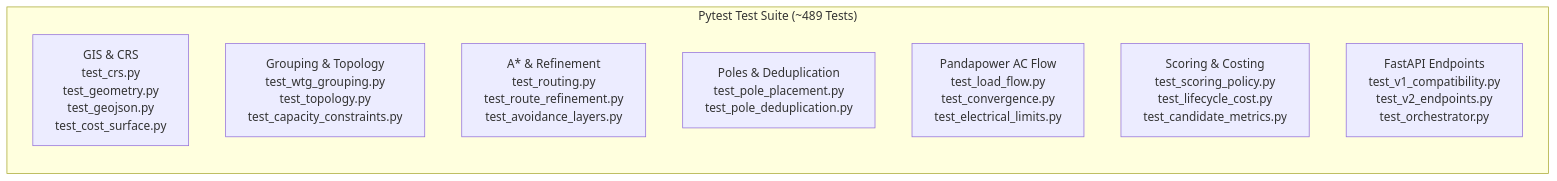
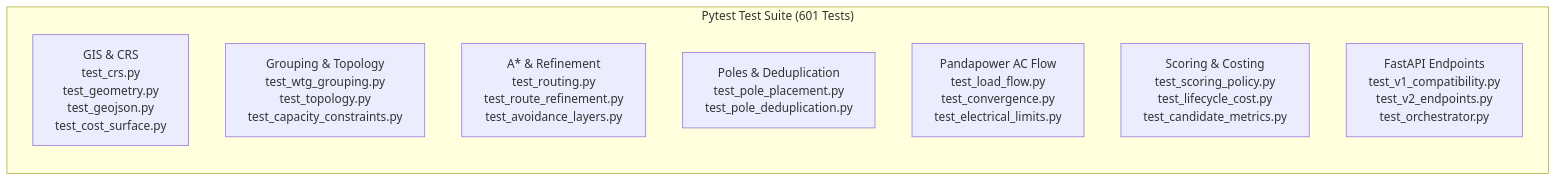
One commit to cookedaryan/surge changed the second of 2 diagrams in obsidian-vault/12-testing/Testing Status.md. Above: the diagram before and after it, drawn with Mermaid. The commit also changed other lines of this file and 17 other files, not shown here.

````diff
--- a/obsidian-vault/12-testing/Testing Status.md
+++ b/obsidian-vault/12-testing/Testing Status.md
@@ -96,12 +96,12 @@
 ```mermaid
 graph LR
-    subgraph PythonTests["Pytest Test Suite (~489 Tests)"]
+    subgraph PythonTests["Pytest Test Suite (601 Tests)"]
         GIS["GIS & CRS<br/>test_crs.py<br/>test_geometry.py<br/>test_geojson.py<br/>test_cost_surface.py"]
         GRP["Grouping & Topology<br/>test_wtg_grouping.py<br/>test_topology.py<br/>test_capacity_constraints.py"]
         RTE["A* & Refinement<br/>test_routing.py<br/>test_route_refinement.py<br/>test_avoidance_layers.py"]
         POL["Poles & Deduplication<br/>test_pole_placement.py<br/>test_pole_deduplication.py"]
         ELE["Pandapower AC Flow<br/>test_load_flow.py<br/>test_convergence.py<br/>test_electrical_limits.py"]
         SCR["Scoring & Costing<br/>test_scoring_policy.py<br/>test_lifecycle_cost.py<br/>test_candidate_metrics.py"]
         API["FastAPI Endpoints<br/>test_v1_compatibility.py<br/>test_v2_endpoints.py<br/>test_orchestrator.py"]
     end
 ```
````
